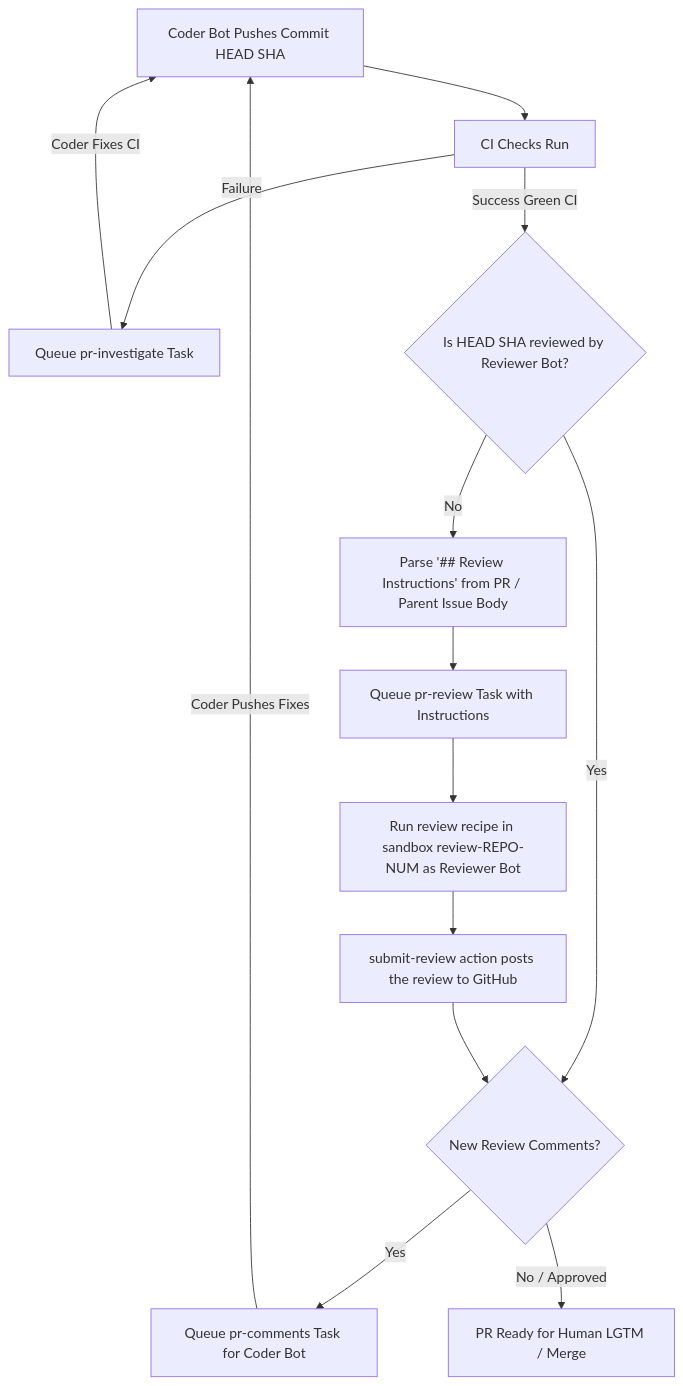
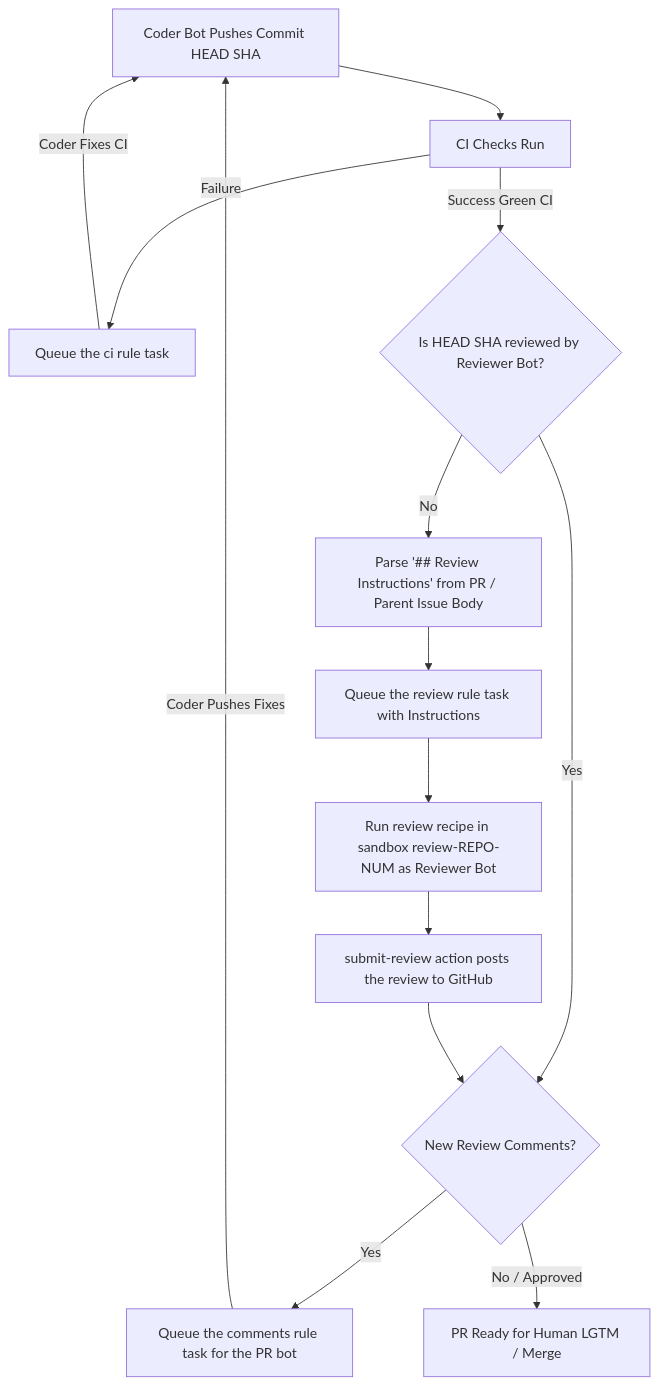
The diagram in factory/design/pr-automated-review.md (gke-labs/gemini-for-kubernetes-development), drawn with Mermaid before and after one commit. The commit also changed other lines of this file and 56 other files, not shown here.

First line of the commit message:
factory: every rule's task is a rule task (pr-rule / issue-rule, task-<kind>-<n>-rule-<rule>), legacy tasks migrated at load; RecipeTask and roles.tasks gone (generic watch step 4) (#2092)

````diff
--- a/factory/design/pr-automated-review.md
+++ b/factory/design/pr-automated-review.md
@@ -22,16 +22,16 @@
 ```mermaid
 graph TD
     A[Coder Bot Pushes Commit HEAD SHA] --> B[CI Checks Run]
-    B -->|Failure| C[Queue pr-investigate Task]
+    B -->|Failure| C[Queue the ci rule task]
     C -->|Coder Fixes CI| A
     B -->|Success Green CI| D{Is HEAD SHA reviewed by Reviewer Bot?}
     D -->|Yes| E{New Review Comments?}
     D -->|No| F[Parse '## Review Instructions' from PR / Parent Issue Body]
-    F --> G[Queue pr-review Task with Instructions]
+    F --> G[Queue the review rule task with Instructions]
     G --> H[Run review recipe in sandbox review-REPO-NUM as Reviewer Bot]
     H --> I[submit-review action posts the review to GitHub]
     I --> E
-    E -->|Yes| J[Queue pr-comments Task for Coder Bot]
+    E -->|Yes| J[Queue the comments rule task for the PR bot]
     J -->|Coder Pushes Fixes| A
     E -->|No / Approved| K[PR Ready for Human LGTM / Merge]
 ```
````
